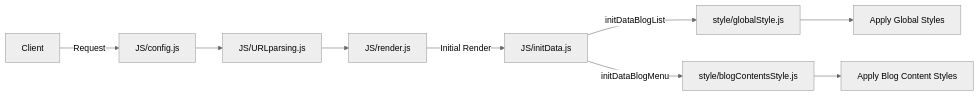
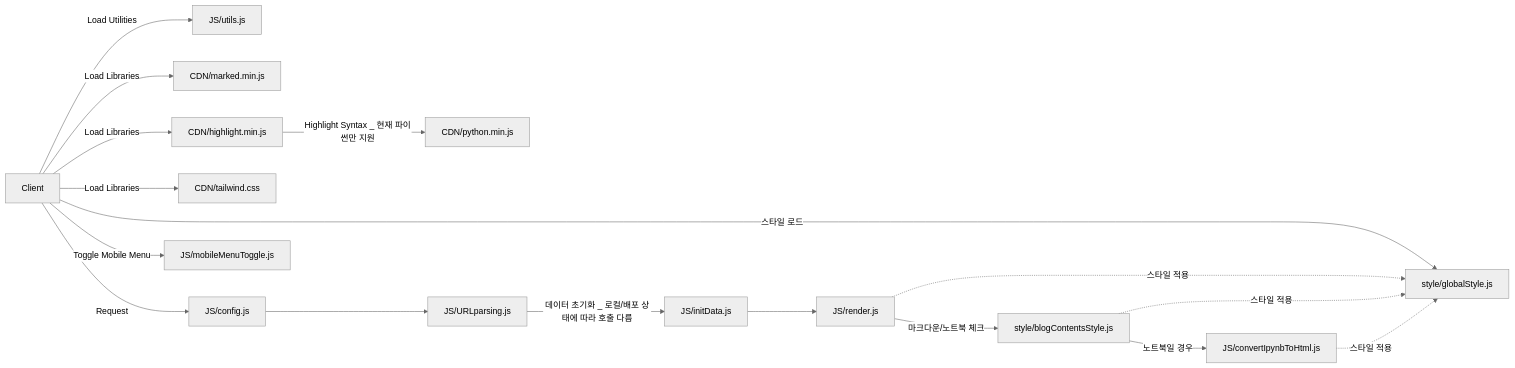
One commit to paullabkorea/github_blog changed the first of 2 diagrams in README.md. Above: the diagram before and after it, drawn with Mermaid (neutral theme).

Commit message:
머메이드 수정

````diff
--- a/README.md
+++ b/README.md
@@ -34,11 +34,28 @@
 ```mermaid
 graph LR
-    A[Client] -->|Request| B[JS/config.js]
-    B --> C[JS/URLparsing.js]
-    C --> D[JS/render.js]
-    D -->|Initial Render| E[JS/initData.js]
-    E -->|initDataBlogList| F[style/globalStyle.js]
-    E -->|initDataBlogMenu| G[style/blogContentsStyle.js]
-    F --> H[Apply Global Styles]
-    G --> I[Apply Blog Content Styles]
+    %% Local Utils
+    A[Client] -->|Load Utilities| B[JS/utils.js]
+    A -->|스타일 로드| C[style/globalStyle.js]
+
+    %% CDN
+    A -->|Load Libraries| D[CDN/marked.min.js]
+    A -->|Load Libraries| E[CDN/highlight.min.js]
+    E -->|Highlight Syntax _ 현재 파이썬만 지원| F[CDN/python.min.js]
+    A -->|Load Libraries| G[CDN/tailwind.css]
+    
+    %% Request
+    A -->|Request| H[JS/config.js]
+    H --> I[JS/URLparsing.js]
+    I -->|데이터 초기화 _ 로컬/배포 상태에 따라 호출 다름| J[JS/initData.js]
+    J --> K[JS/render.js]
+    K -->|마크다운/노트북 체크| L[style/blogContentsStyle.js]
+    L -->|노트북일 경우| M[JS/convertIpynbToHtml.js]
+
+    %% Style
+    K -.->|스타일 적용| C[style/globalStyle.js]
+    L -.->|스타일 적용| C[style/globalStyle.js]
+    M -.->|스타일 적용| C[style/globalStyle.js]
+    
+    A -->|Toggle Mobile Menu| Q[JS/mobileMenuToggle.js]
+
 ```
````
